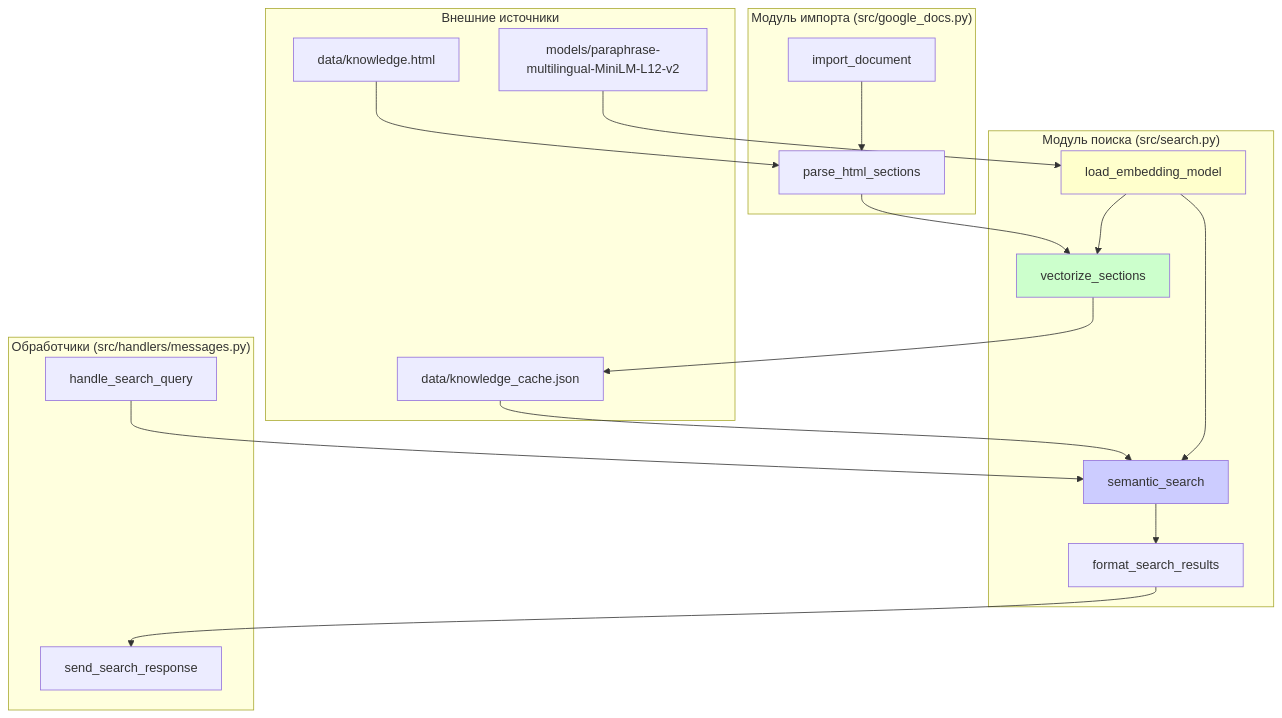
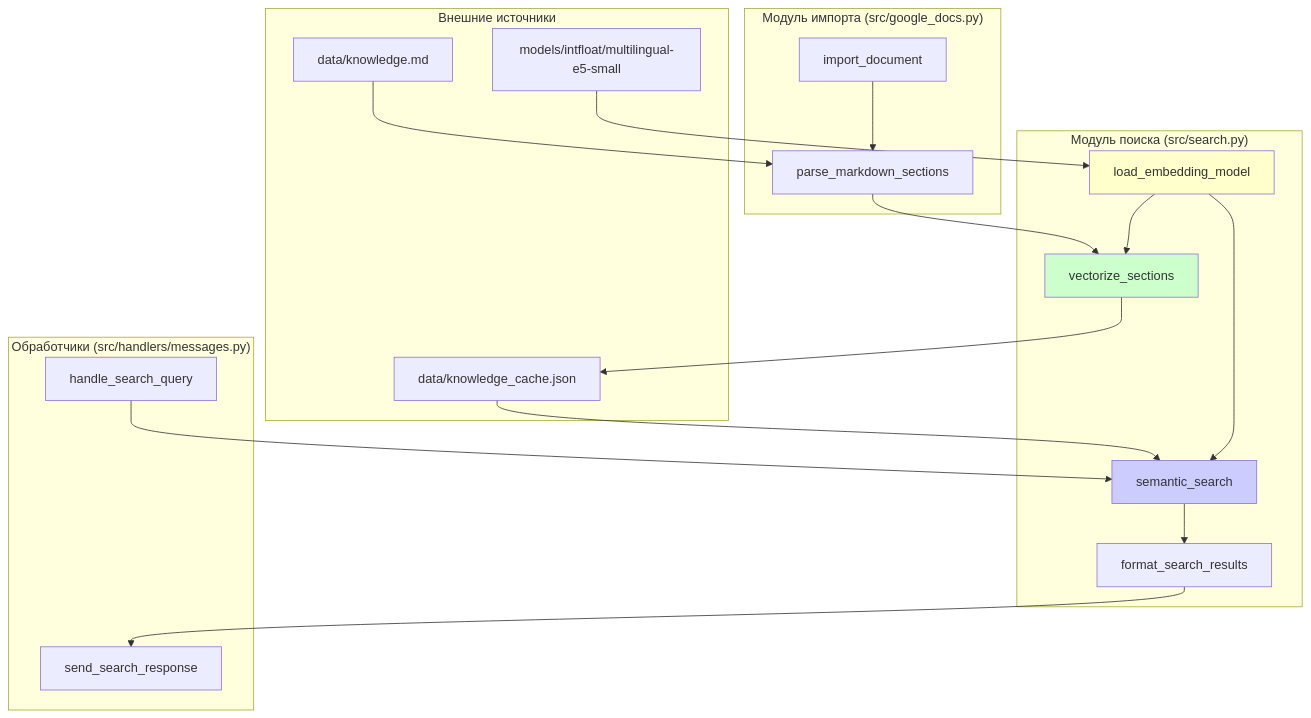
One commit to kretmax-creator/xyliganimbot changed the fourth of 5 diagrams in docs/diagrams/data_flow_semantic_search.md. Above: the diagram before and after it, drawn with Mermaid. The commit also changed other lines of this file and 11 other files, not shown here.

Commit message:
Iteration 15 complete: documentation, commands, deploy_ssh, Mermaid diagrams, CHANGELOG

````diff
--- a/docs/diagrams/data_flow_semantic_search.md
+++ b/docs/diagrams/data_flow_semantic_search.md
@@ -98,44 +83,44 @@
 ```mermaid
 graph TB
     subgraph "Модуль поиска (src/search.py)"
         LoadModel[load_embedding_model]
         VectorizeSections[vectorize_sections]
         SemanticSearch[semantic_search]
         FormatResults[format_search_results]
     end
     
     subgraph "Модуль импорта (src/google_docs.py)"
         ImportDoc[import_document]
-        ParseSections[parse_html_sections]
+        ParseSections[parse_markdown_sections]
     end
     
     subgraph "Обработчики (src/handlers/messages.py)"
         HandleQuery[handle_search_query]
         SendResponse[send_search_response]
     end
     
     subgraph "Внешние источники"
-        ModelFile[models/paraphrase-multilingual-MiniLM-L12-v2]
+        ModelFile[models/intfloat/multilingual-e5-small]
         CacheFile[data/knowledge_cache.json]
-        HTMLFile[data/knowledge.html]
+        MDFile[data/knowledge.md]
     end
     
     ModelFile --> LoadModel
-    HTMLFile --> ParseSections
+    MDFile --> ParseSections
     ParseSections --> VectorizeSections
     VectorizeSections --> CacheFile
     
     CacheFile --> SemanticSearch
     LoadModel --> VectorizeSections
     LoadModel --> SemanticSearch
     
     HandleQuery --> SemanticSearch
     SemanticSearch --> FormatResults
     FormatResults --> SendResponse
     
     ImportDoc --> ParseSections
     
     style LoadModel fill:#ffffcc
     style VectorizeSections fill:#ccffcc
     style SemanticSearch fill:#ccccff
 ```
````
